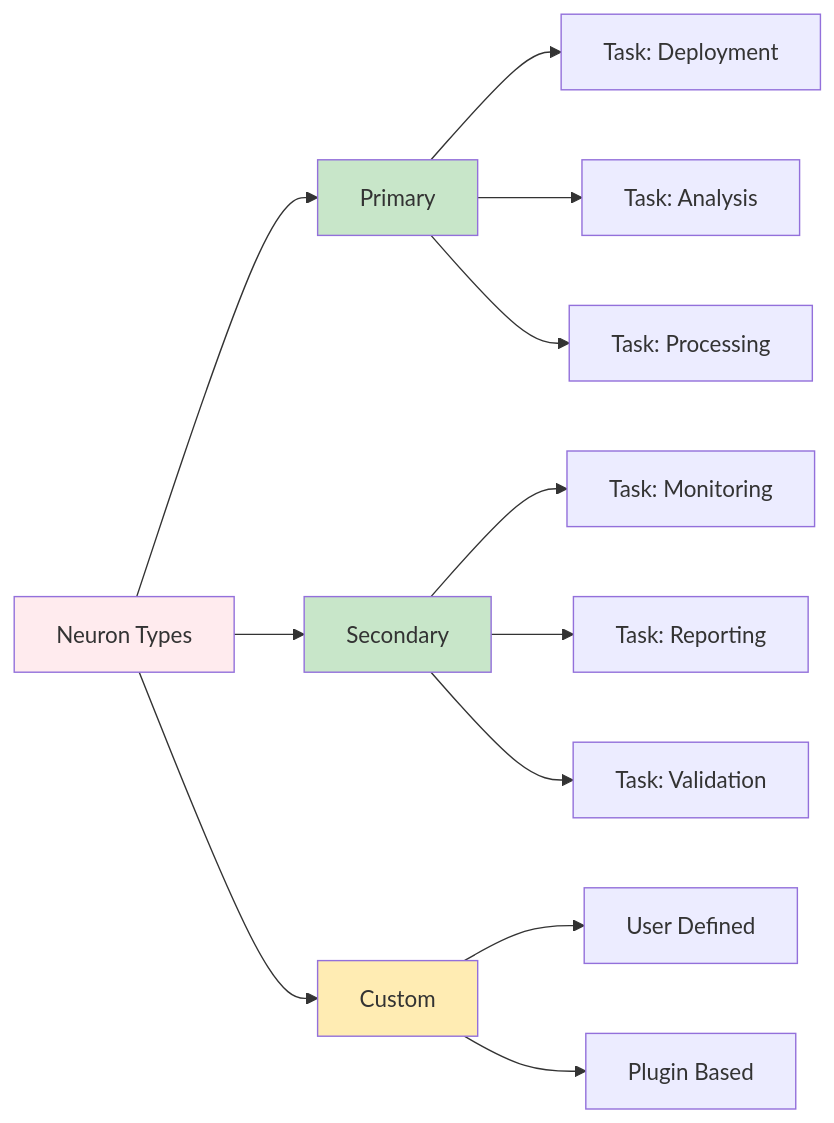
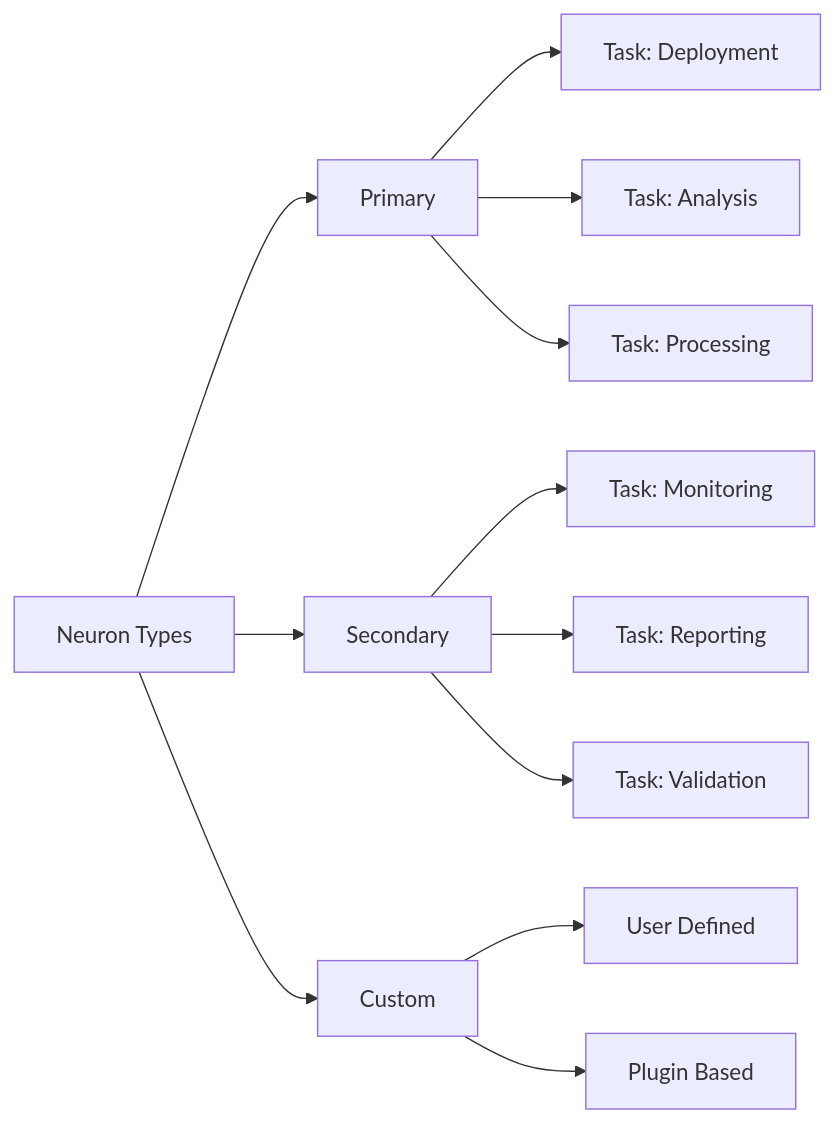
The third of 5 diagrams in README.md (hallucinaut/two-neurons), drawn with Mermaid before and after one commit. The commit also changed other lines of this file, not shown here.

Commit message:
Remove all color styles from mermaid diagrams for better dark mode support

````diff
--- a/README.md
+++ b/README.md
@@ -125,22 +112,17 @@
 ```mermaid
 graph LR
     A[Neuron Types] --> B[Primary]
     A --> C[Secondary]
     A --> D[Custom]
 
     B --> E[Task: Deployment]
     B --> F[Task: Analysis]
     B --> G[Task: Processing]
 
     C --> H[Task: Monitoring]
     C --> I[Task: Reporting]
     C --> J[Task: Validation]
 
     D --> K[User Defined]
     D --> L[Plugin Based]
-
-    style A fill:#ffebee
-    style B fill:#c8e6c9
-    style C fill:#c8e6c9
-    style D fill:#ffecb3
 ```
````
